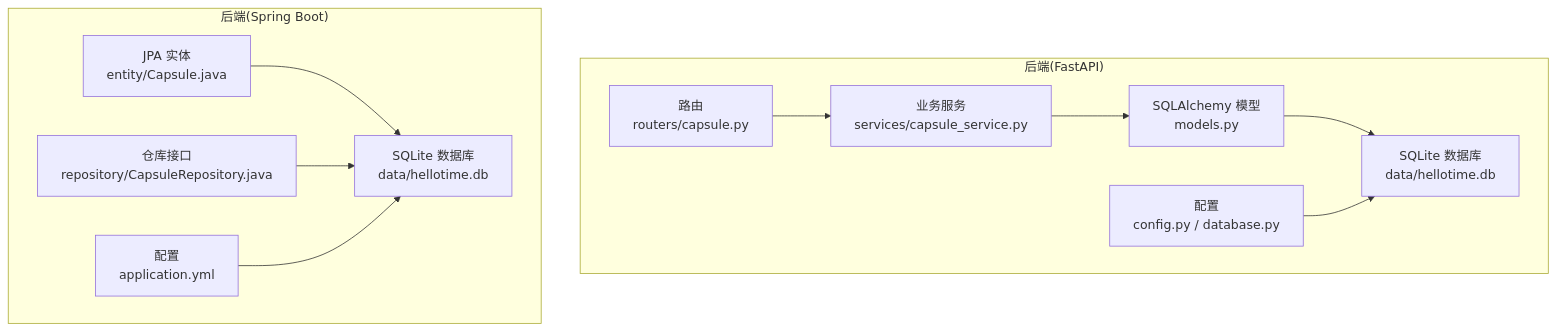
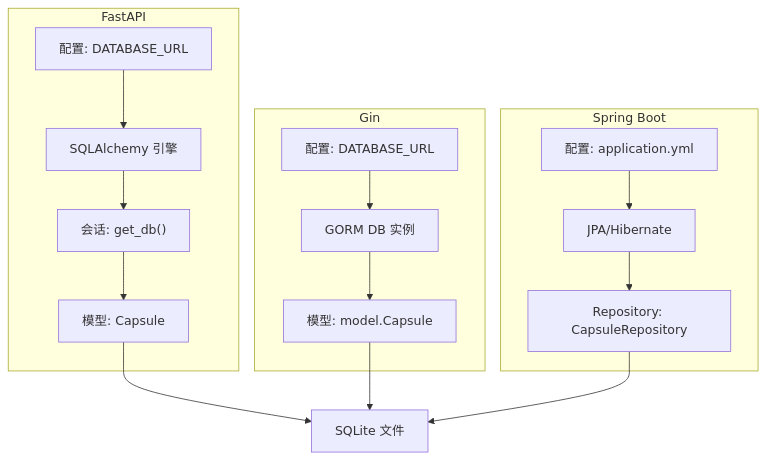
One commit to alexy2008/TimeCapsule changed the second of 7 diagrams in .qoder/repowiki/zh/content/数据库设计.md. Above: the diagram before and after it, drawn with Mermaid. The commit also changed other lines of this file and 247 other files, not shown here.

````diff
--- a/.qoder/repowiki/zh/content/数据库设计.md
+++ b/.qoder/repowiki/zh/content/数据库设计.md
@@ -36,22 +96,23 @@
 ```mermaid
 graph TB
-subgraph "后端(FastAPI)"
-F_DB["SQLite 数据库<br/>data/hellotime.db"]
-F_SQLA["SQLAlchemy 模型<br/>models.py"]
-F_ROUTER["路由<br/>routers/capsule.py"]
-F_SERVICE["业务服务<br/>services/capsule_service.py"]
-F_CONF["配置<br/>config.py / database.py"]
+subgraph "FastAPI"
+FCFG["配置: DATABASE_URL"]
+FENG["SQLAlchemy 引擎"]
+FSES["会话: get_db()"]
+FMOD["模型: Capsule"]
 end
-subgraph "后端(Spring Boot)"
-S_DB["SQLite 数据库<br/>data/hellotime.db"]
-S_JPA["JPA 实体<br/>entity/Capsule.java"]
-S_REPO["仓库接口<br/>repository/CapsuleRepository.java"]
-S_APP["配置<br/>application.yml"]
+subgraph "Gin"
+GCFG["配置: DATABASE_URL"]
+GDB["GORM DB 实例"]
+GMOD["模型: model.Capsule"]
 end
-F_ROUTER --> F_SERVICE --> F_SQLA
-F_SQLA --> F_DB
-F_CONF --> F_DB
-S_JPA --> S_DB
-S_REPO --> S_DB
-S_APP --> S_DB
+subgraph "Spring Boot"
+SBCFG["配置: application.yml"]
+SJPA["JPA/Hibernate"]
+SREP["Repository: CapsuleRepository"]
+end
+SQ["SQLite 文件"]
+FCFG --> FENG --> FSES --> FMOD --> SQ
+GCFG --> GDB --> GMOD --> SQ
+SBCFG --> SJPA --> SREP --> SQ
 ```
````
